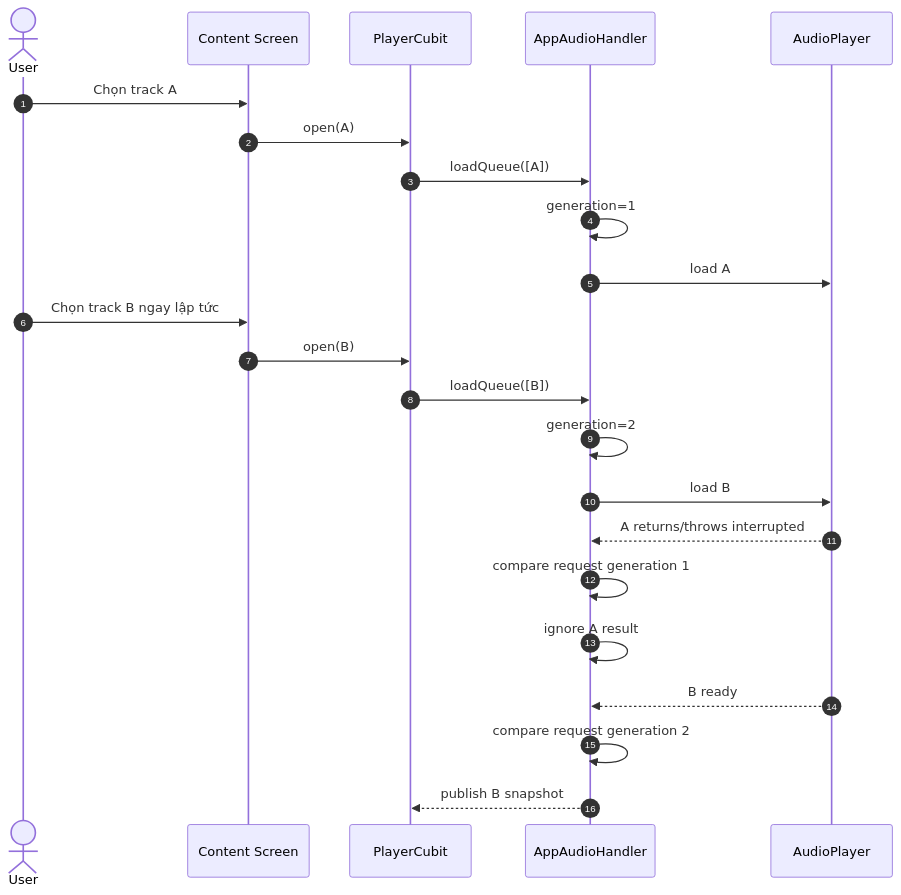
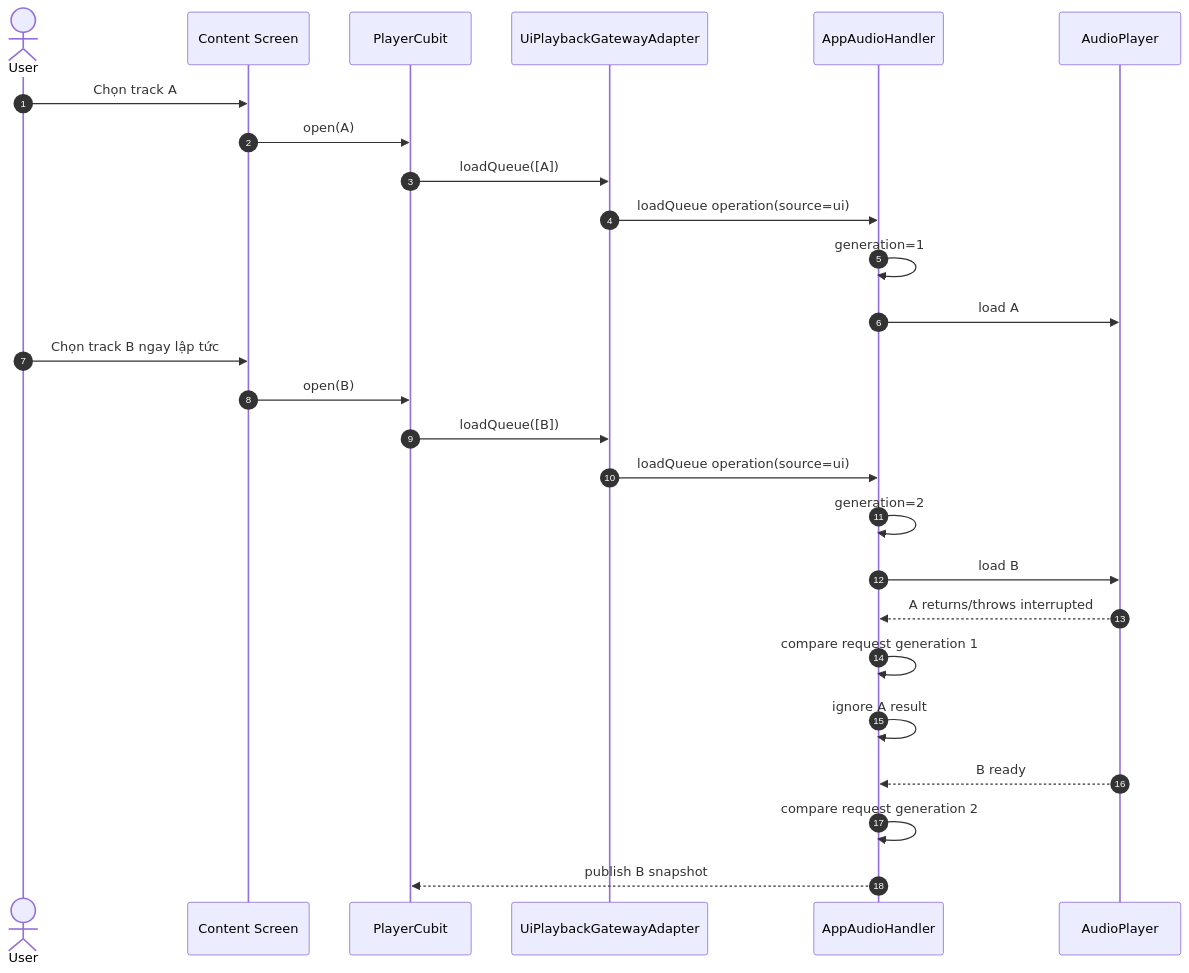
Before and after one commit to ViUniverse/ViListen: diagram 15 of 29 in docs/player-behavioral-diagrams.md, drawn with Mermaid. The commit also changed other lines of this file and 4 other files, not shown here.

````diff
--- a/docs/player-behavioral-diagrams.md
+++ b/docs/player-behavioral-diagrams.md
@@ -689,29 +755,32 @@
 ```mermaid
 sequenceDiagram
 autonumber
 actor User
 participant UI as Content Screen
 participant Cubit as PlayerCubit
+participant Gateway as UiPlaybackGatewayAdapter
 participant Handler as AppAudioHandler
 participant Engine as AudioPlayer
 
 User->>UI: Chọn track A
 UI->>Cubit: open(A)
-Cubit->>Handler: loadQueue([A])
+Cubit->>Gateway: loadQueue([A])
+Gateway->>Handler: loadQueue operation(source=ui)
 Handler->>Handler: generation=1
 Handler->>Engine: load A
 
 User->>UI: Chọn track B ngay lập tức
 UI->>Cubit: open(B)
-Cubit->>Handler: loadQueue([B])
+Cubit->>Gateway: loadQueue([B])
+Gateway->>Handler: loadQueue operation(source=ui)
 Handler->>Handler: generation=2
 Handler->>Engine: load B
 
 Engine-->>Handler: A returns/throws interrupted
 Handler->>Handler: compare request generation 1
 Handler->>Handler: ignore A result
 
 Engine-->>Handler: B ready
 Handler->>Handler: compare request generation 2
 Handler-->>Cubit: publish B snapshot
 ```
````
